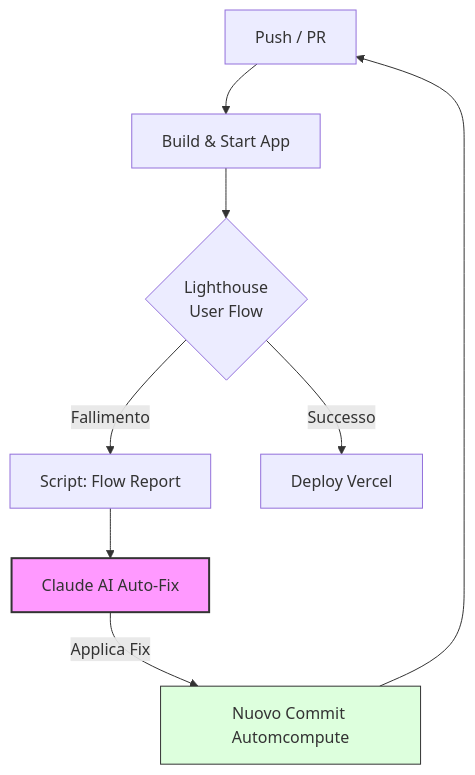
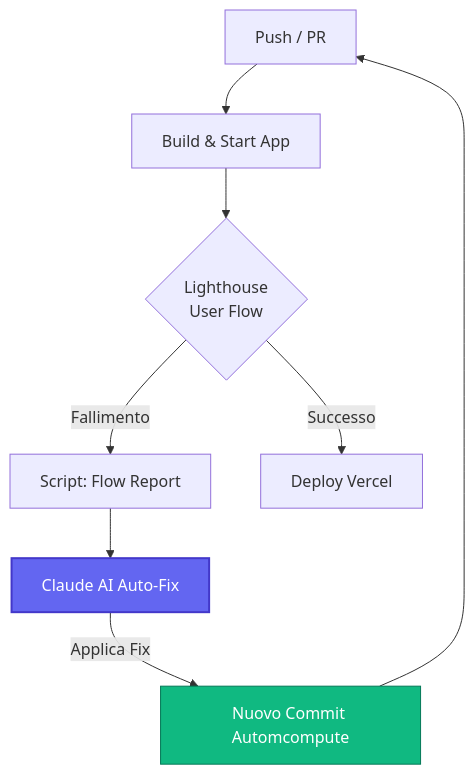
Before and after one commit to mamastrorilli/ai-sdlc: the second of 2 diagrams in README.md, drawn with Mermaid. The commit also changed other lines of this file, not shown here.

Commit message:
feat: adjust Readme.MD

````diff
--- a/README.md
+++ b/README.md
@@ -87,13 +87,13 @@
 ```mermaid
 graph TD
     A[Push / PR] --> B[Build & Start App]
     B --> C{Lighthouse <br/>User Flow}
     C -->|Fallimento| D[Script: Flow Report]
     D --> E[Claude AI Auto-Fix]
     E -->|Applica Fix| F[Nuovo Commit Automcompute]
     F --> A
     C -->|Successo| G[Deploy Vercel]
     
-    style E fill:#f9f,stroke:#333,stroke-width:2px
-    style F fill:#dfd,stroke:#333
+    style E fill:#6366f1,stroke:#4338ca,stroke-width:2px,color:#fff
+    style F fill:#10b981,stroke:#047857,color:#fff
 ```
````
